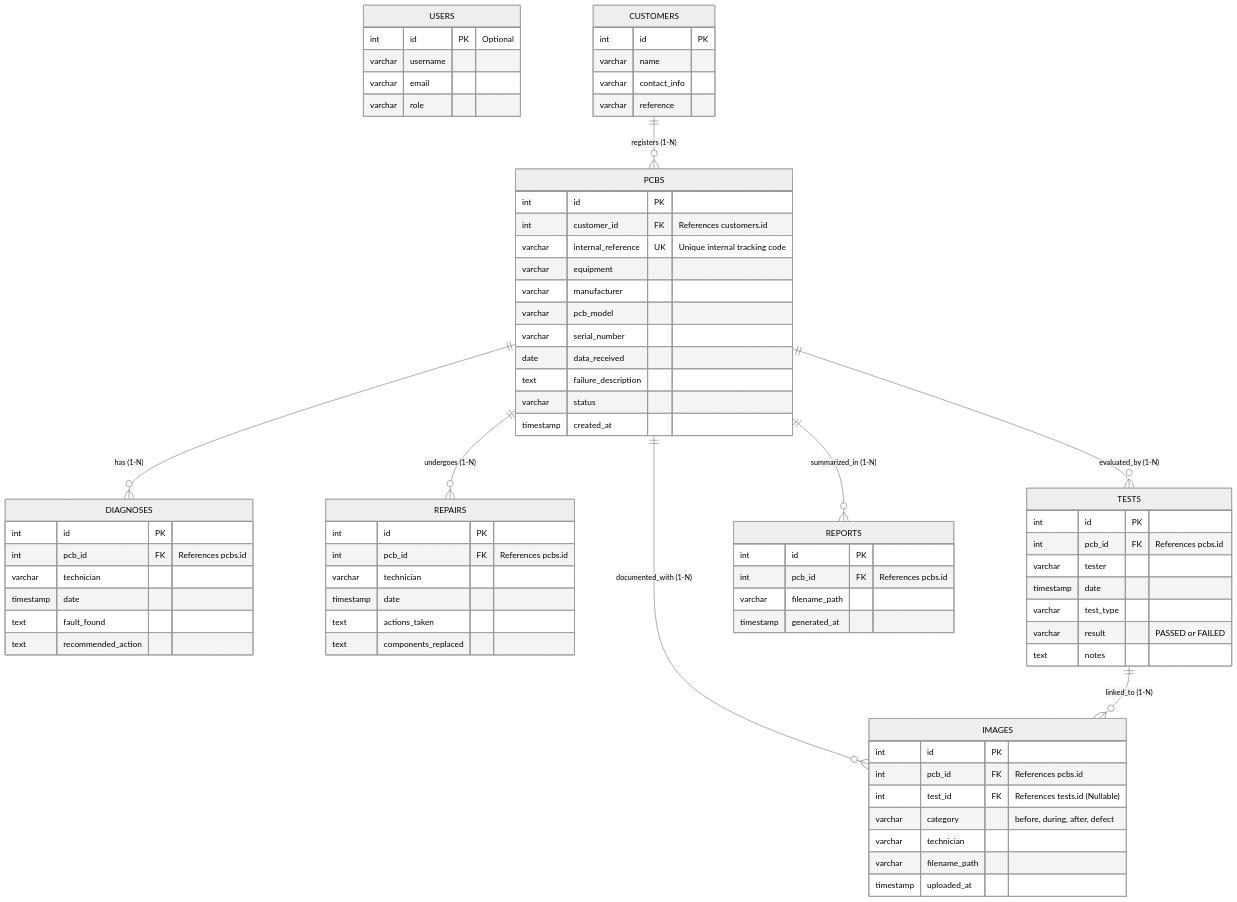
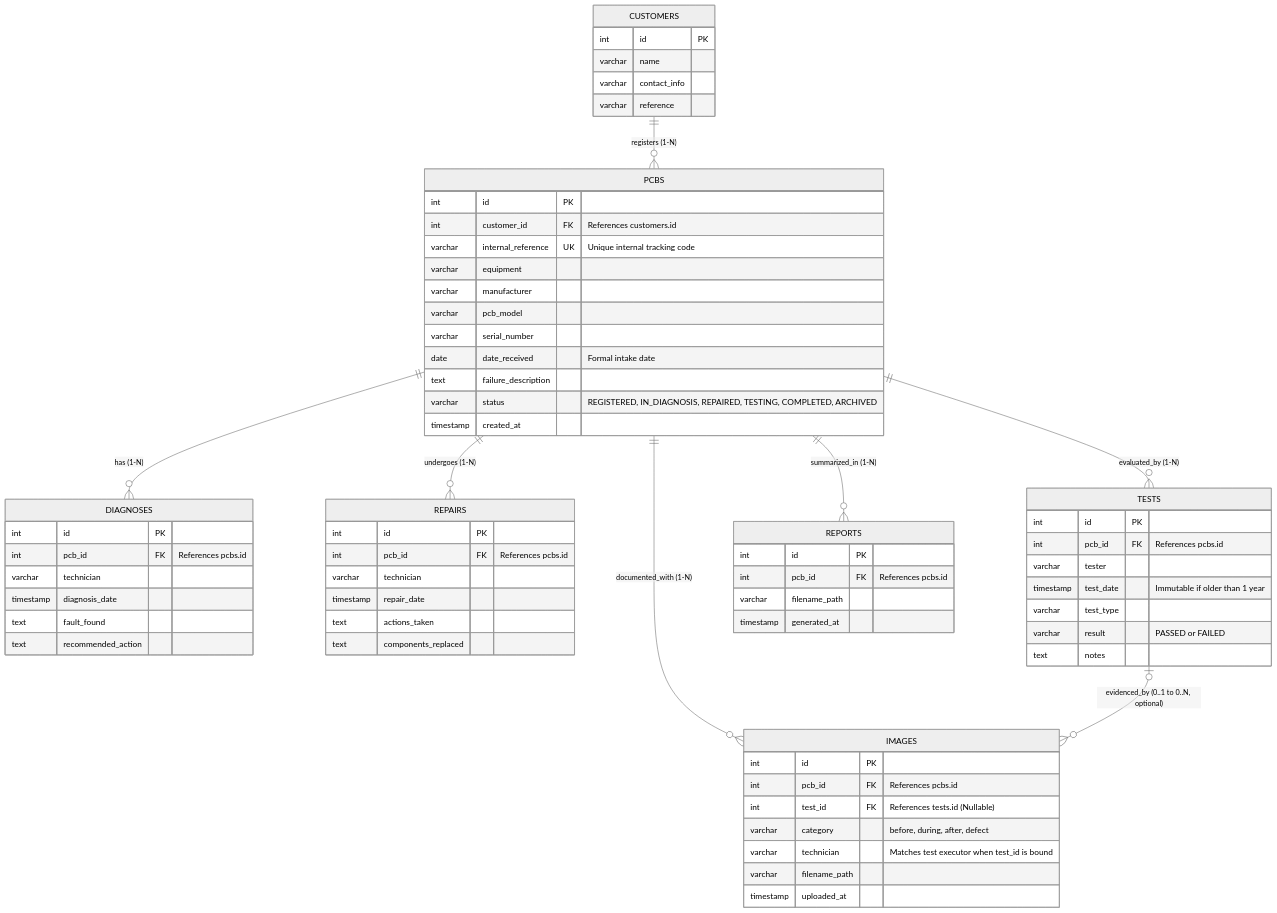
Before and after one commit to rdionisio1403/greenuppcb: the diagram in documentation/database_schema.md, drawn with Mermaid (neutral theme). The commit also changed other lines of this file and 5 other files, not shown here.

Commit message:
feat(backend): enforce 1-year test immutability, add PCBStatus enum, dynamic is_archived and update ERD docs

````diff
--- a/documentation/database_schema.md
+++ b/documentation/database_schema.md
@@ -10,28 +15,21 @@
 ```mermaid
 erDiagram
-    USERS {
-        int id PK "Optional"
-        varchar username
-        varchar email
-        varchar role
-    }
-
     CUSTOMERS ||--o{ PCBS : "registers (1-N)"
     PCBS ||--o{ DIAGNOSES : "has (1-N)"
     PCBS ||--o{ REPAIRS : "undergoes (1-N)"
     PCBS ||--o{ TESTS : "evaluated_by (1-N)"
     PCBS ||--o{ IMAGES : "documented_with (1-N)"
     PCBS ||--o{ REPORTS : "summarized_in (1-N)"
-    TESTS ||--o{ IMAGES : "linked_to (1-N)"
+    TESTS |o--o{ IMAGES : "evidenced_by (0..1 to 0..N, optional)"
 
-CUSTOMERS {
+    CUSTOMERS {
         int id PK
         varchar name
         varchar contact_info
         varchar reference
     }
 
-    PCBS {
+PCBS {
         int id PK
         int customer_id FK "References customers.id"
         varchar internal_reference UK "Unique internal tracking code"
@@ -39,51 +37,51 @@
         varchar manufacturer
         varchar pcb_model
         varchar serial_number
-        date data_received
+        date date_received "Formal intake date"
         text failure_description
-        varchar status
+        varchar status "REGISTERED, IN_DIAGNOSIS, REPAIRED, TESTING, COMPLETED, ARCHIVED"
         timestamp created_at
     }
 
-DIAGNOSES {
+    DIAGNOSES {
         int id PK
         int pcb_id FK "References pcbs.id"
         varchar technician
-        timestamp date
+        timestamp diagnosis_date
         text fault_found
         text recommended_action
     }
 
-    REPAIRS {
+REPAIRS {
         int id PK
         int pcb_id FK "References pcbs.id"
         varchar technician
-        timestamp date
+        timestamp repair_date
         text actions_taken
         text components_replaced
     }
 
-TESTS {
+    TESTS {
         int id PK
         int pcb_id FK "References pcbs.id"
         varchar tester
-        timestamp date
+        timestamp test_date "Immutable if older than 1 year"
         varchar test_type
         varchar result "PASSED or FAILED"
         text notes
     }
 
-    IMAGES {
+IMAGES {
         int id PK
         int pcb_id FK "References pcbs.id"
         int test_id FK "References tests.id (Nullable)"
         varchar category "before, during, after, defect"
-        varchar technician
+        varchar technician "Matches test executor when test_id is bound"
         varchar filename_path
         timestamp uploaded_at
     }
 
-REPORTS {
+    REPORTS {
         int id PK
         int pcb_id FK "References pcbs.id"
         varchar filename_path
````
